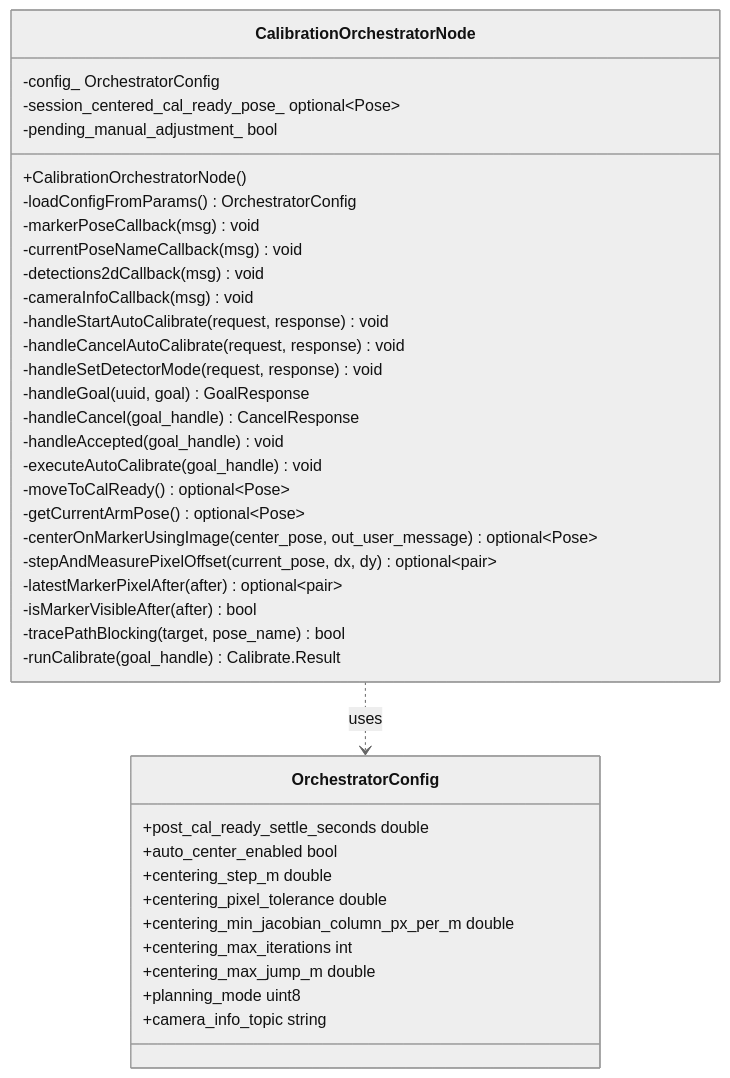
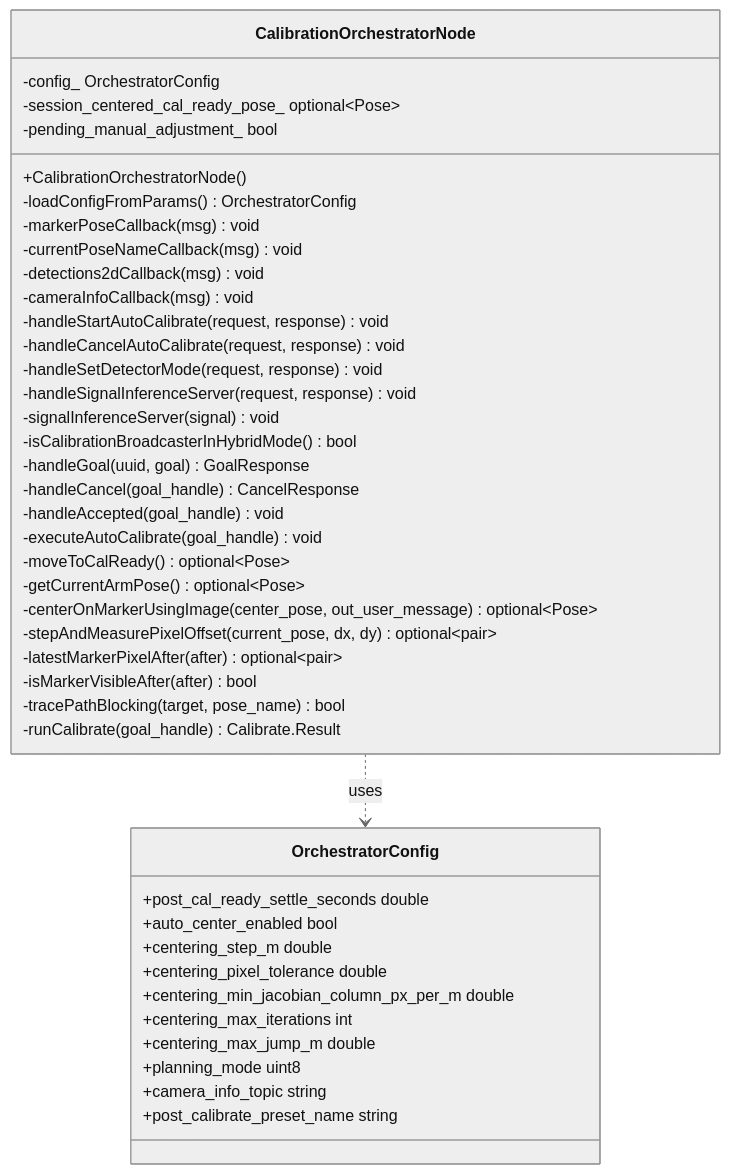
Before and after one commit to tesarect/aruco_visual_calibration: the diagram in resources/docs/class_docs/orchestrator.md, drawn with Mermaid (neutral theme). The commit also changed other lines of this file and 21 other files, not shown here.

````diff
--- a/resources/docs/class_docs/orchestrator.md
+++ b/resources/docs/class_docs/orchestrator.md
@@ -14,41 +14,45 @@
 ```mermaid
 classDiagram
     class CalibrationOrchestratorNode {
         +CalibrationOrchestratorNode()
         -loadConfigFromParams() OrchestratorConfig
         -markerPoseCallback(msg) void
         -currentPoseNameCallback(msg) void
         -detections2dCallback(msg) void
         -cameraInfoCallback(msg) void
         -handleStartAutoCalibrate(request, response) void
         -handleCancelAutoCalibrate(request, response) void
         -handleSetDetectorMode(request, response) void
+        -handleSignalInferenceServer(request, response) void
+        -signalInferenceServer(signal) void
+        -isCalibrationBroadcasterInHybridMode() bool
         -handleGoal(uuid, goal) GoalResponse
         -handleCancel(goal_handle) CancelResponse
         -handleAccepted(goal_handle) void
         -executeAutoCalibrate(goal_handle) void
         -moveToCalReady() optional~Pose~
         -getCurrentArmPose() optional~Pose~
         -centerOnMarkerUsingImage(center_pose, out_user_message) optional~Pose~
         -stepAndMeasurePixelOffset(current_pose, dx, dy) optional~pair~
         -latestMarkerPixelAfter(after) optional~pair~
         -isMarkerVisibleAfter(after) bool
         -tracePathBlocking(target, pose_name) bool
         -runCalibrate(goal_handle) Calibrate.Result
         -config_ OrchestratorConfig
         -session_centered_cal_ready_pose_ optional~Pose~
         -pending_manual_adjustment_ bool
     }
     class OrchestratorConfig {
         +post_cal_ready_settle_seconds double
         +auto_center_enabled bool
         +centering_step_m double
         +centering_pixel_tolerance double
         +centering_min_jacobian_column_px_per_m double
         +centering_max_iterations int
         +centering_max_jump_m double
         +planning_mode uint8
         +camera_info_topic string
+        +post_calibrate_preset_name string
     }
     CalibrationOrchestratorNode ..> OrchestratorConfig : uses
 ```
````
